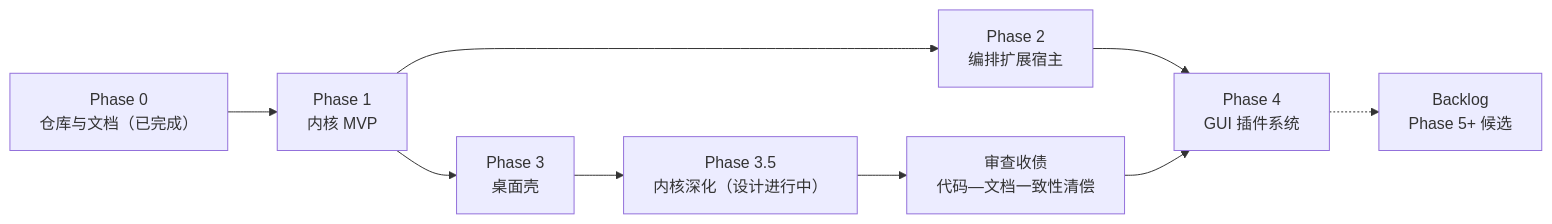
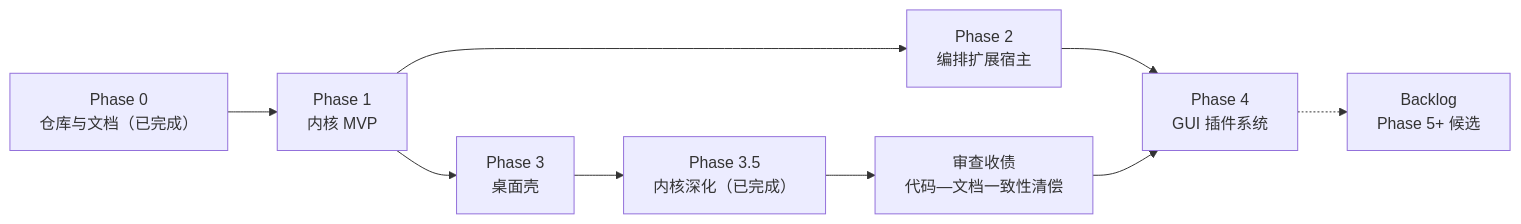
One commit to qingbird1983/timo-pi changed the diagram in docs/roadmap/00-roadmap.md. Above: the diagram before and after it, drawn with Mermaid. The commit also changed other lines of this file and 9 other files, not shown here.

````diff
--- a/docs/roadmap/00-roadmap.md
+++ b/docs/roadmap/00-roadmap.md
@@ -11,11 +11,11 @@
 ```mermaid
 graph LR
     P0["Phase 0<br/>仓库与文档（已完成）"] --> P1["Phase 1<br/>内核 MVP"]
     P1 --> P2["Phase 2<br/>编排扩展宿主"]
     P1 --> P3["Phase 3<br/>桌面壳"]
     P2 --> P4["Phase 4<br/>GUI 插件系统"]
-    P3 --> P35["Phase 3.5<br/>内核深化（设计进行中）"]
+    P3 --> P35["Phase 3.5<br/>内核深化（已完成）"]
     P35 --> AD["审查收债<br/>代码—文档一致性清偿"]
     AD --> P4
     P4 -.-> B["Backlog<br/>Phase 5+ 候选"]
 ```
````
